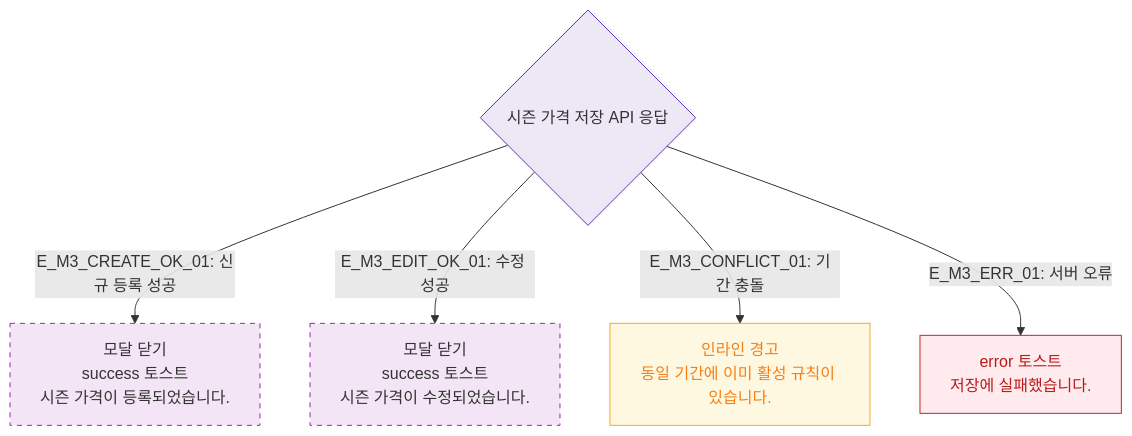
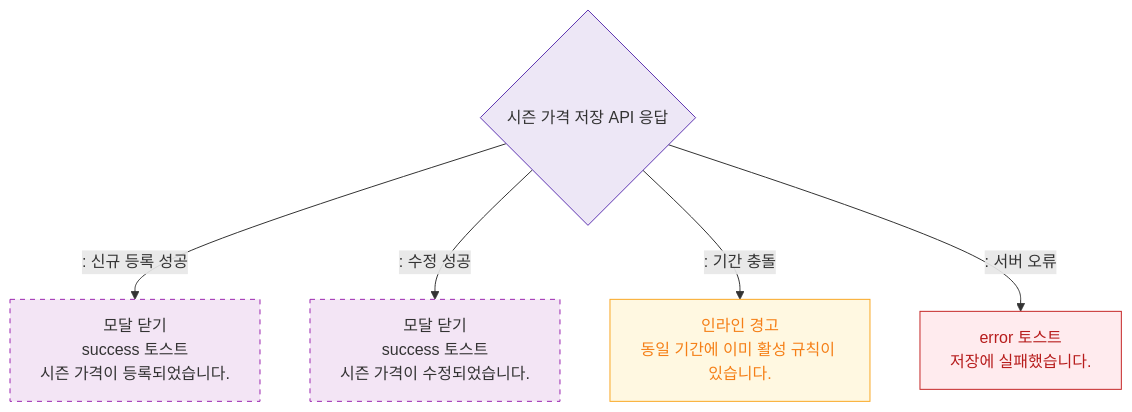
One commit to dev-spogym/admin-pando changed the diagram in docs/다이어그램/D05_상품관리/DLG/DLG-P016_시즌가격등록수정/M3_결과분기.md. Above: the diagram before and after it, drawn with Mermaid. The commit also changed other lines of this file and 1660 other files, not shown here.

First line of the commit message:
다이어그램: 기획자/클라이언트 납품본으로 정리

````diff
--- a/docs/다이어그램/D05_상품관리/DLG/DLG-P016_시즌가격등록수정/M3_결과분기.md
+++ b/docs/다이어그램/D05_상품관리/DLG/DLG-P016_시즌가격등록수정/M3_결과분기.md
@@ -16,16 +14,16 @@
 ```mermaid
 flowchart TD
-    SaveAPI{시즌 가격 저장 API 응답} -->|"E_M3_CREATE_OK_01: 신규 등록 성공"| CreateSuccess[모달 닫기\nsuccess 토스트\n시즌 가격이 등록되었습니다.]
-    SaveAPI -->|"E_M3_EDIT_OK_01: 수정 성공"| EditSuccess[모달 닫기\nsuccess 토스트\n시즌 가격이 수정되었습니다.]
-    SaveAPI -->|"E_M3_CONFLICT_01: 기간 충돌"| ConflictErr[인라인 경고\n동일 기간에 이미 활성 규칙이 있습니다.]
-    SaveAPI -->|"E_M3_ERR_01: 서버 오류"| ServerErr[error 토스트\n저장에 실패했습니다.]
+    SaveAPI{시즌 가격 저장 API 응답} -->|": 신규 등록 성공"|CreateSuccess[모달 닫기\nsuccess 토스트\n시즌 가격이 등록되었습니다.]
+    SaveAPI -->|": 수정 성공"|EditSuccess[모달 닫기\nsuccess 토스트\n시즌 가격이 수정되었습니다.]
+    SaveAPI -->|": 기간 충돌"|ConflictErr[인라인 경고\n동일 기간에 이미 활성 규칙이 있습니다.]
+    SaveAPI -->|": 서버 오류"|ServerErr[error 토스트\n저장에 실패했습니다.]
 
     classDef newFeature fill:#F3E5F5,stroke:#9C27B0,stroke-dasharray:5 5
     classDef warning fill:#FFF8E1,stroke:#F9A825,color:#F57F17
     classDef error fill:#FFEBEE,stroke:#C62828,color:#B71C1C
     classDef system fill:#EDE7F6,stroke:#5E35B2
     class CreateSuccess,EditSuccess newFeature
     class ConflictErr warning
     class ServerErr error
     class SaveAPI system
 ```
````
